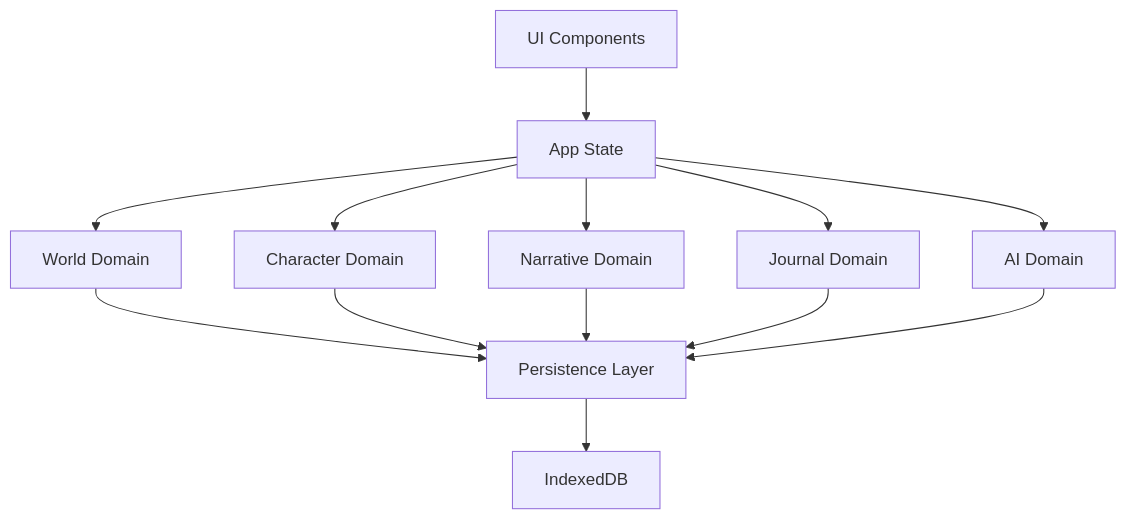
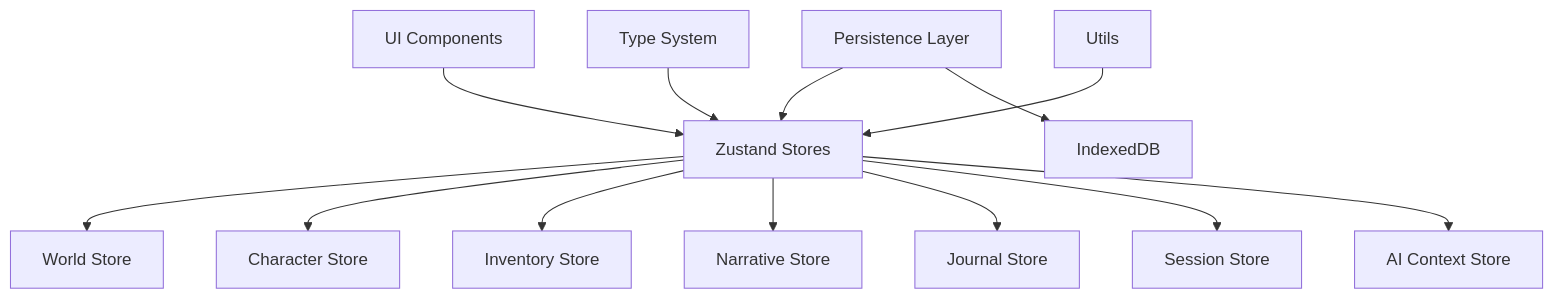
One commit to jerseycheese/Narraitor changed the diagram in docs/architecture/state-management.md. Above: the diagram before and after it, drawn with Mermaid. The commit also changed other lines of this file and 14 other files, not shown here.

First line of the commit message:
feat(state): Complete implementation of all Zustand stores

````diff
--- a/docs/architecture/state-management.md
+++ b/docs/architecture/state-management.md
@@ -25,18 +25,17 @@
 ```mermaid
 graph TD
-    A[App State] --> B[World Domain]
-    A --> C[Character Domain]
-    A --> D[Narrative Domain]
-    A --> E[Journal Domain]
-    A --> F[AI Domain]
+    A[UI Components] --> B[Zustand Stores]
+    B --> C[World Store]
+    B --> D[Character Store]
+    B --> E[Inventory Store]
+    B --> F[Narrative Store]
+    B --> G[Journal Store]
+    B --> H[Session Store]
+    B --> I[AI Context Store]
     
-    B --> G[Persistence Layer]
-    C --> G
-    D --> G
-    E --> G
-    F --> G
+    J[Persistence Layer] --> B
+    J --> K[IndexedDB]
     
-    G --> H[IndexedDB]
-    
-    I[UI Components] --> A
+    L[Type System] --> B
+    M[Utils] --> B
 ```
````
